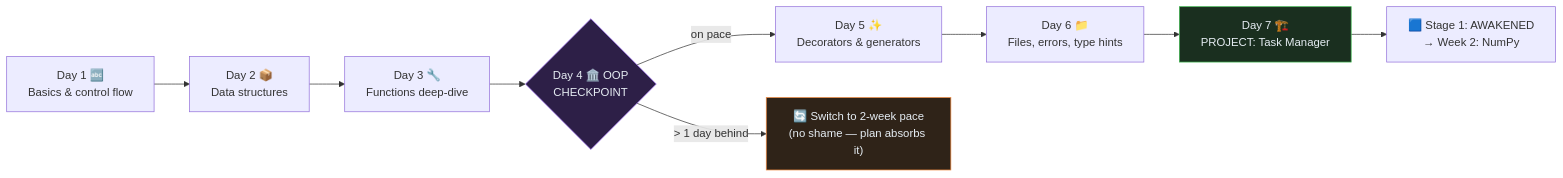
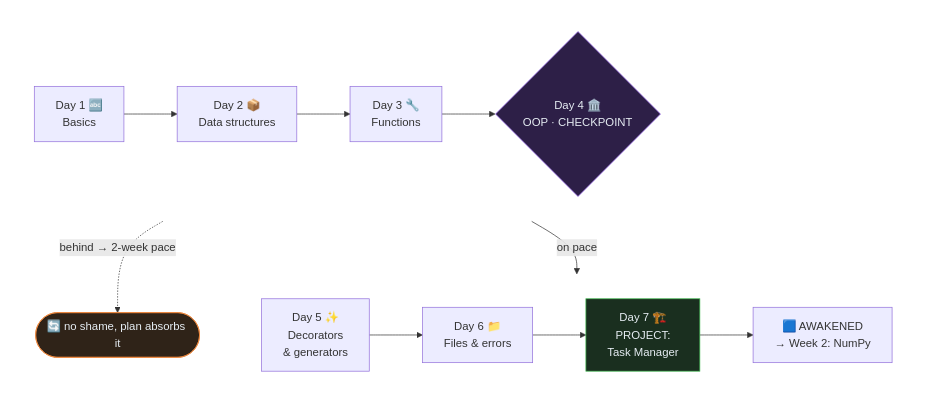
The diagram in guides/week01_python_sprint.md (ChingangbamDpakAngom/Road-to-ML-foundation), drawn with Mermaid before and after one commit. The commit also changed 1 other file, not shown here.

Commit message:
Compact diagrams to poster ratio: 2-row mermaid week map, tighter ASCII flows

````diff
--- a/guides/week01_python_sprint.md
+++ b/guides/week01_python_sprint.md
@@ -23,14 +23,18 @@
 ```mermaid
-flowchart LR
-    D1["Day 1 🔤<br>Basics & control flow"] --> D2["Day 2 📦<br>Data structures"]
-    D2 --> D3["Day 3 🔧<br>Functions deep-dive"]
-    D3 --> D4{"Day 4 🏛️ OOP<br>CHECKPOINT"}
-    D4 -->|"on pace"| D5["Day 5 ✨<br>Decorators & generators"]
-    D4 -->|"> 1 day behind"| FB["🔄 Switch to 2-week pace<br>(no shame — plan absorbs it)"]
-    D5 --> D6["Day 6 📁<br>Files, errors, type hints"]
-    D6 --> D7["Day 7 🏗️<br>PROJECT: Task Manager"]
-    D7 --> UP["🟦 Stage 1: AWAKENED<br>→ Week 2: NumPy"]
+flowchart TB
+    subgraph r1 [" "]
+        direction LR
+        D1["Day 1 🔤<br>Basics"] --> D2["Day 2 📦<br>Data structures"] --> D3["Day 3 🔧<br>Functions"] --> D4{"Day 4 🏛️<br>OOP · CHECKPOINT"}
+    end
+    subgraph r2 [" "]
+        direction LR
+        D5["Day 5 ✨<br>Decorators<br>& generators"] --> D6["Day 6 📁<br>Files & errors"] --> D7["Day 7 🏗️<br>PROJECT:<br>Task Manager"] --> UP["🟦 AWAKENED<br>→ Week 2: NumPy"]
+    end
+    D4 -->|"on pace"| D5
+    D4 -.->|"behind → 2-week pace"| FB(["🔄 no shame, plan absorbs it"])
+    style r1 fill:none,stroke:none
+    style r2 fill:none,stroke:none
     style D4 fill:#2d1f47,stroke:#a371f7,color:#e6edf3
     style D7 fill:#1a2f1f,stroke:#3fb950,color:#e6edf3
     style FB fill:#2f2318,stroke:#f0883e,color:#e6edf3
 ```
````
